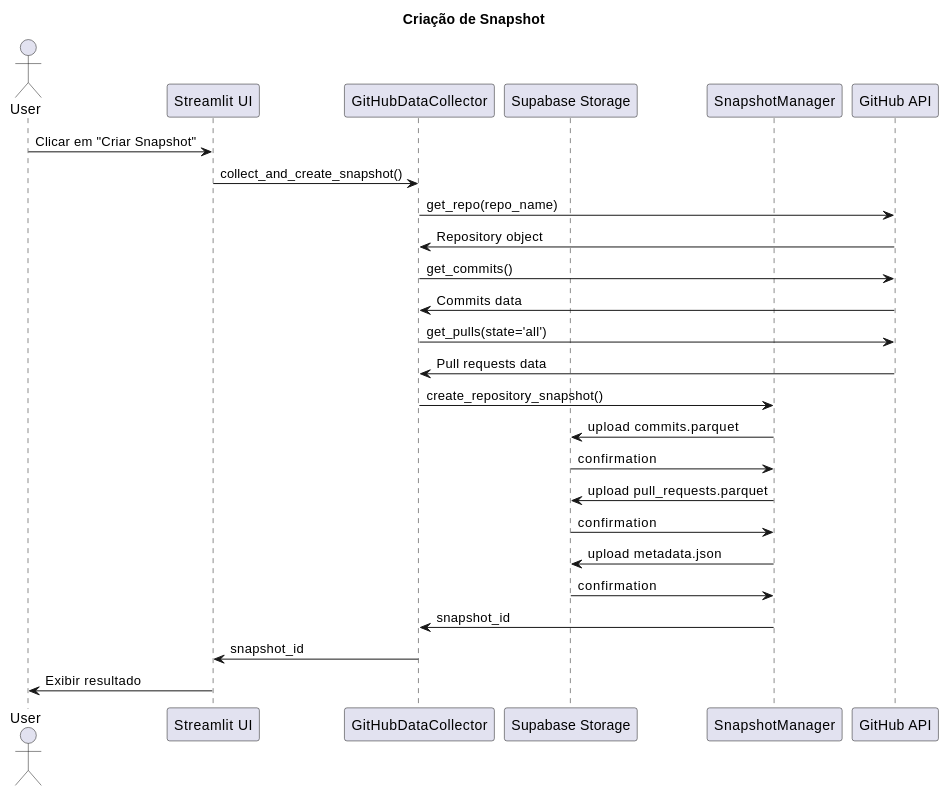
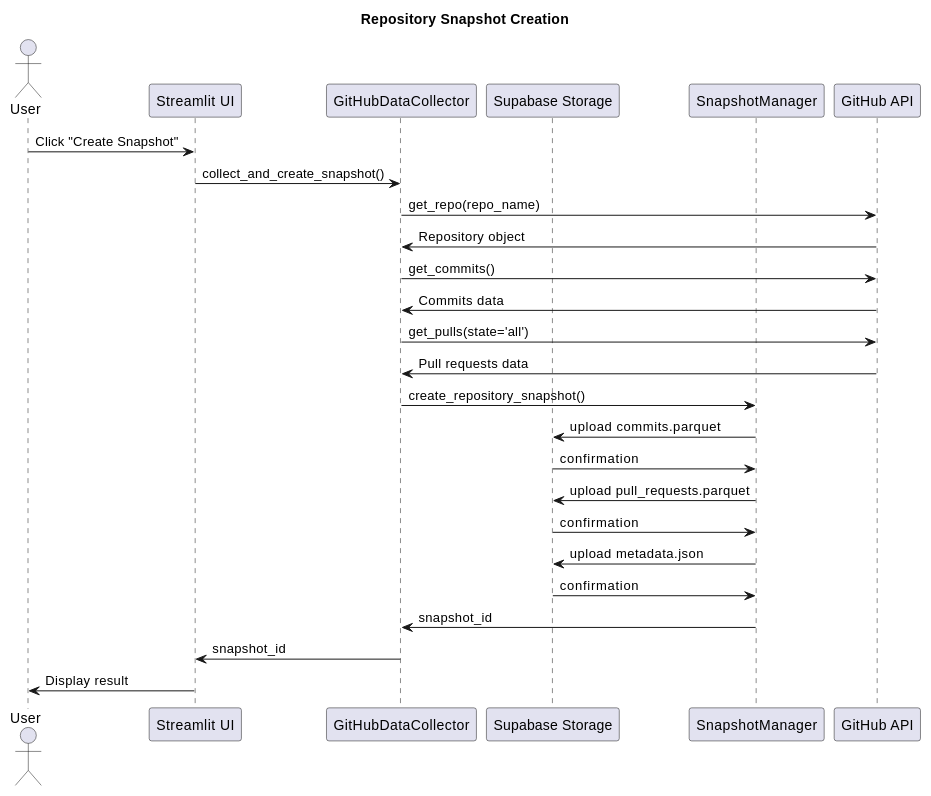
Before and after one commit to afonsolelis/pesquisa_modelo_gd_apb: the second of 3 diagrams in artigos/softwarex/sistema/PROJECT_DOCUMENTATION.md, drawn with PlantUML. The commit also changed other lines of this file and 5 other files, not shown here.

Commit message:
feat(diagrams): translate UML diagrams and documentation to English

````diff
--- a/artigos/softwarex/sistema/PROJECT_DOCUMENTATION.md
+++ b/artigos/softwarex/sistema/PROJECT_DOCUMENTATION.md
@@ -252,31 +252,31 @@
 ```plantuml
 @startuml
-title Criação de Snapshot
+title Repository Snapshot Creation
 
 actor User
 participant "Streamlit UI" as UI
 participant "GitHubDataCollector" as Collector
 participant "Supabase Storage" as Storage
 participant "SnapshotManager" as SM
 participant "GitHub API" as GitHub
 
-User -> UI: Clicar em "Criar Snapshot"
+User -> UI: Click "Create Snapshot"
 UI -> Collector: collect_and_create_snapshot()
 Collector -> GitHub: get_repo(repo_name)
 GitHub -> Collector: Repository object
 Collector -> GitHub: get_commits()
 GitHub -> Collector: Commits data
 Collector -> GitHub: get_pulls(state='all')
 GitHub -> Collector: Pull requests data
 Collector -> SM: create_repository_snapshot()
 SM -> Storage: upload commits.parquet
 Storage -> SM: confirmation
 SM -> Storage: upload pull_requests.parquet
 Storage -> SM: confirmation
 SM -> Storage: upload metadata.json
 Storage -> SM: confirmation
 SM -> Collector: snapshot_id
 Collector -> UI: snapshot_id
-UI -> User: Exibir resultado
+UI -> User: Display result
 @enduml
 ```
````
